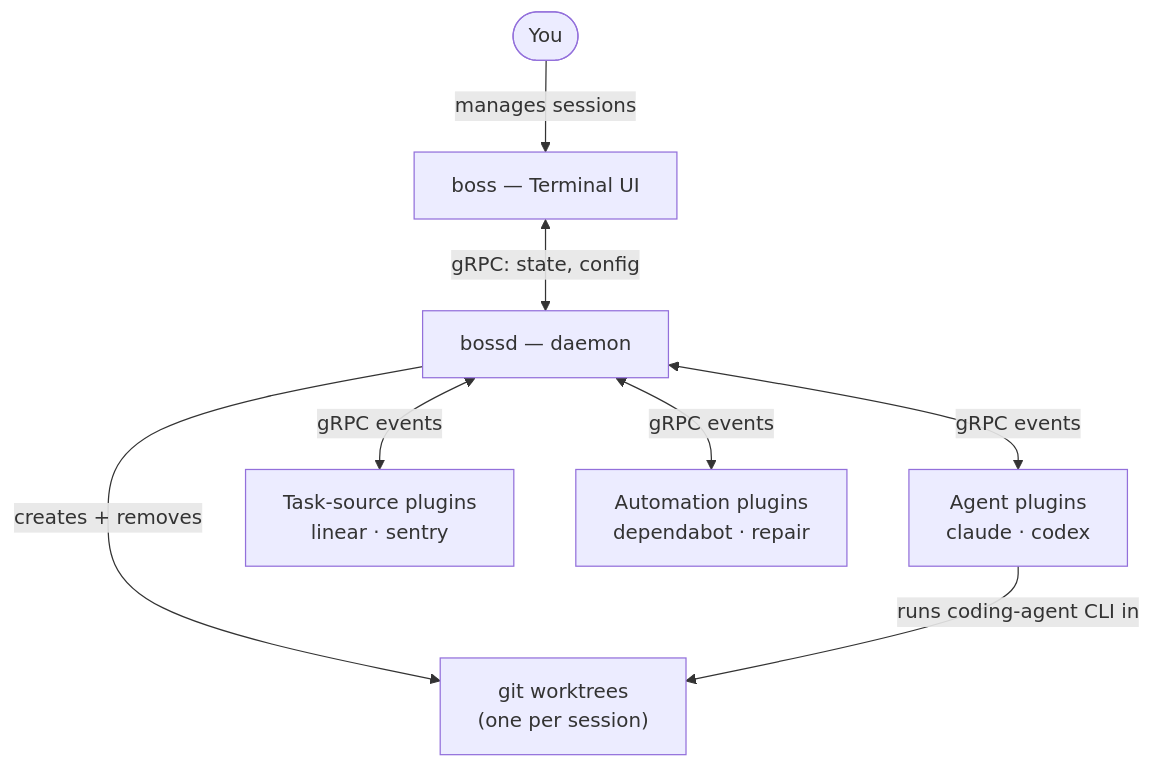
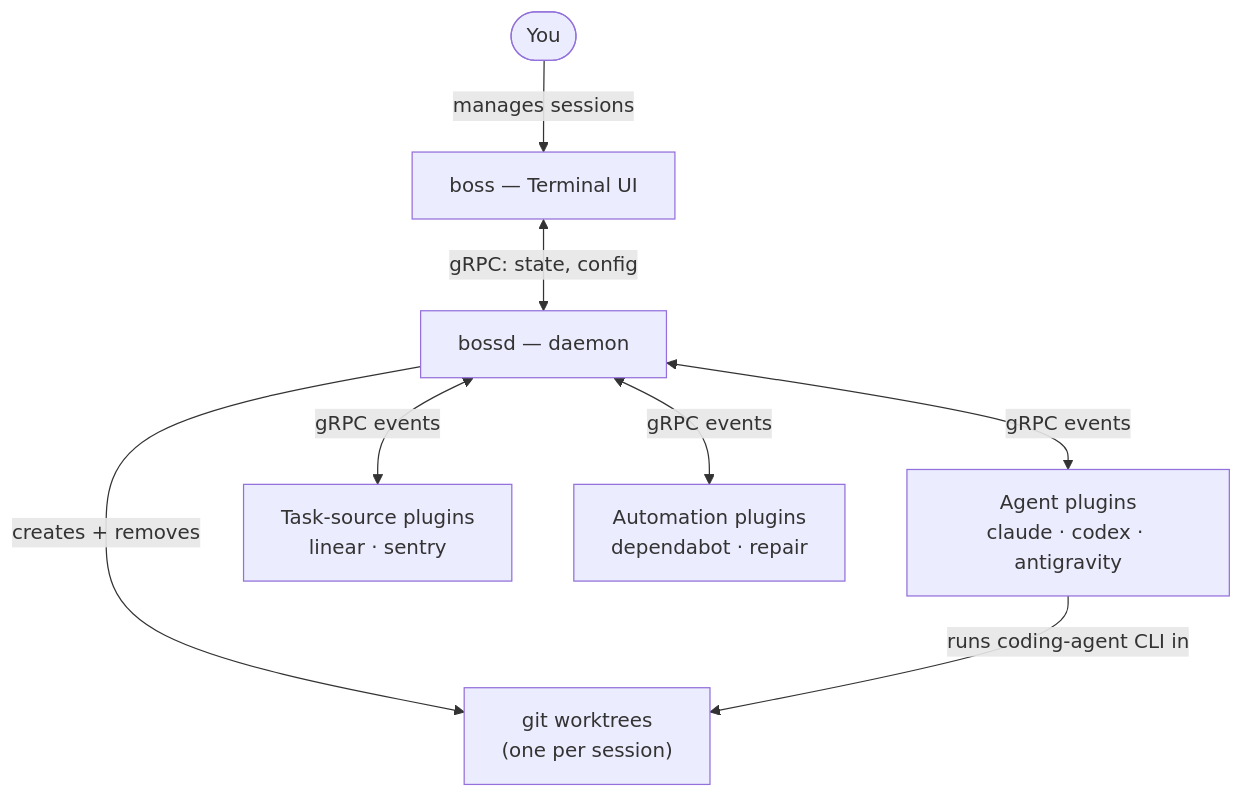
One commit to bossanova-dev/bossanova changed the diagram in services/docs/docs/how-it-works.md. Above: the diagram before and after it, drawn with Mermaid. The commit also changed other lines of this file and 501 other files, not shown here.

````diff
--- a/services/docs/docs/how-it-works.md
+++ b/services/docs/docs/how-it-works.md
@@ -17,10 +17,10 @@
 ```mermaid
 flowchart TD
     User([You]) -->|manages sessions| Boss["boss — Terminal UI"]
     Boss <-->|gRPC: state, config| Bossd["bossd — daemon"]
     Bossd -->|creates + removes| Worktrees["git worktrees<br/>(one per session)"]
-    Bossd <-->|gRPC events| Agent["Agent plugins<br/>claude · codex"]
+    Bossd <-->|gRPC events| Agent["Agent plugins<br/>claude · codex · antigravity"]
     Bossd <-->|gRPC events| Tasks["Task-source plugins<br/>linear · sentry"]
     Bossd <-->|gRPC events| Automation["Automation plugins<br/>dependabot · repair"]
     Agent -->|runs coding-agent CLI in| Worktrees
 ```
````
